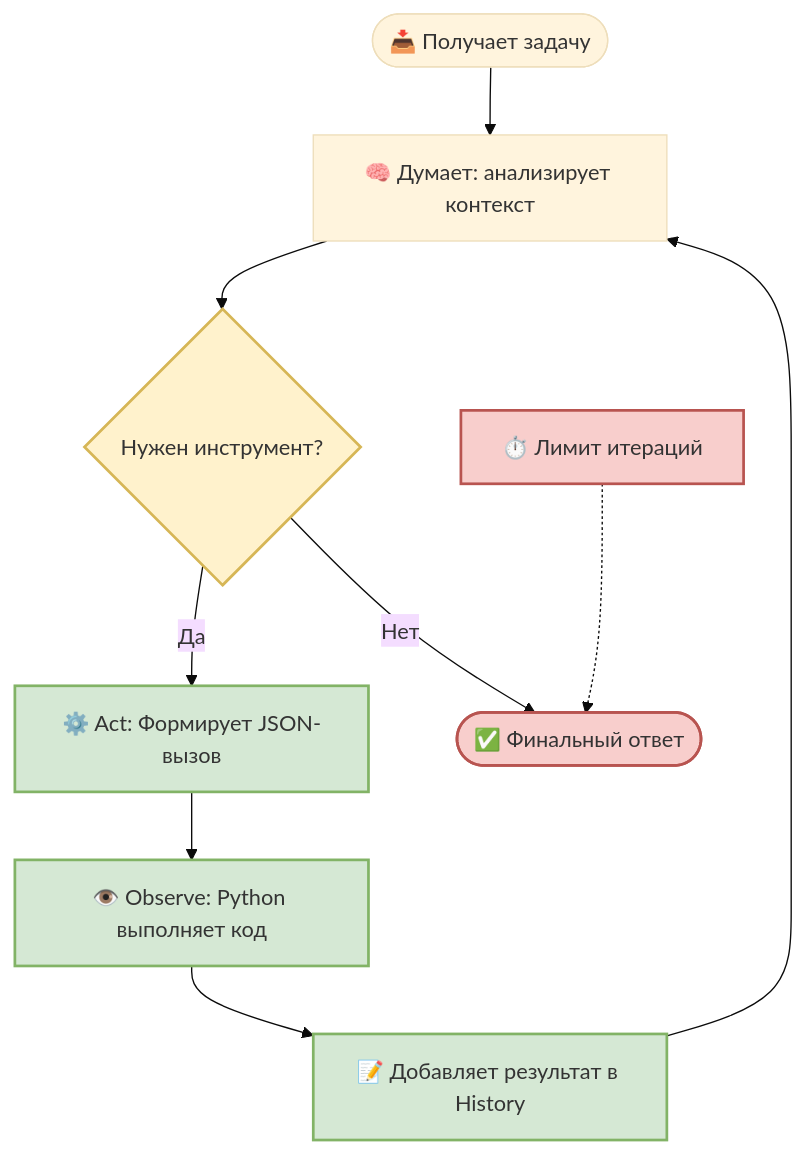
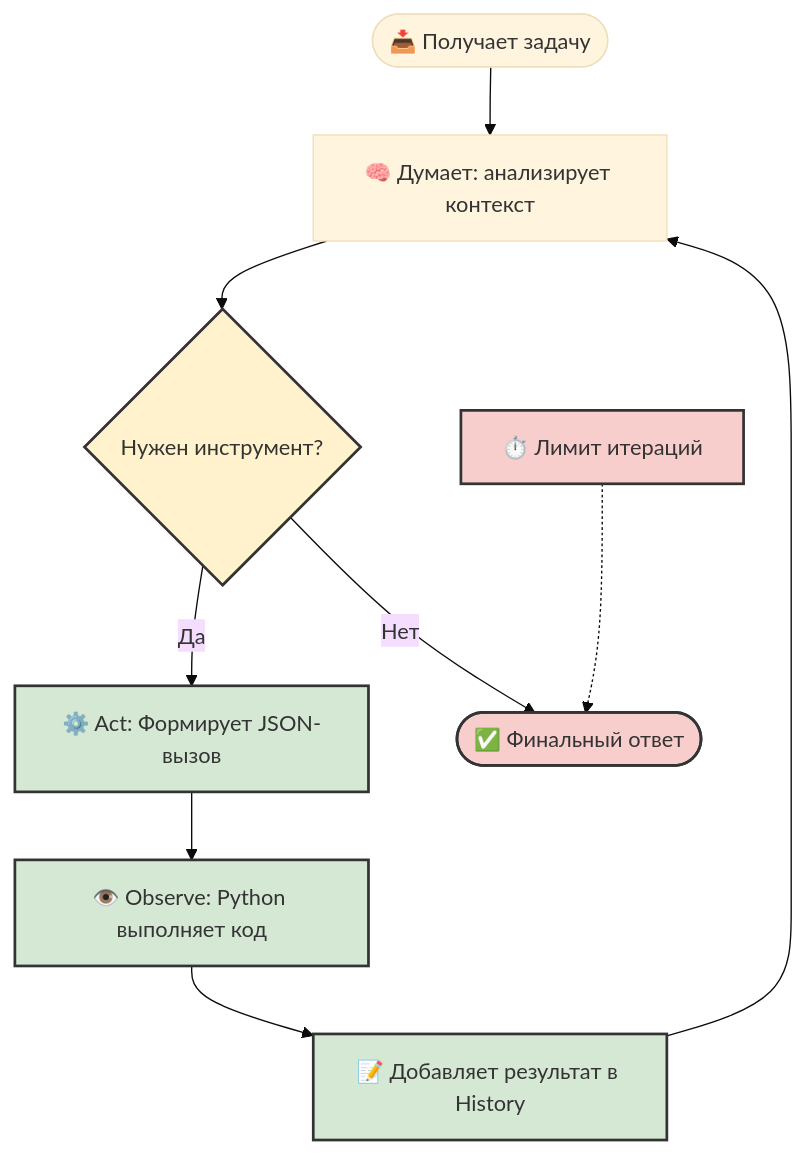
The ninth of 9 diagrams in README.md (io982/firstAgent), drawn with Mermaid (base theme) before and after one commit.

````diff
--- a/README.md
+++ b/README.md
@@ -1132,22 +1132,22 @@
 ```mermaid
 graph TD
     Start([📥 Получает задачу]) --> Reason[🧠 Думает: анализирует контекст]
     Reason --> Decision{Нужен инструмент?}
     
     Decision -- Да --> Act[⚙️ Act: Формирует JSON-вызов]
     Act --> Observe[👁️ Observe: Python выполняет код]
     Observe --> History[📝 Добавляет результат в History]
     History --> Reason
     
     Decision -- Нет --> FinalAnswer([✅ Финальный ответ])
     MaxIter[⏱️ Лимит итераций] -.-> FinalAnswer
     
     classDef defaultStyle fill:#f9f9f9,stroke:#333,stroke-width:1px;
-    classDef decisionStyle fill:#fff2cc,stroke:#d6b656,stroke-width:2px;
-    classDef actionStyle fill:#d5e8d4,stroke:#82b366,stroke-width:2px;
-    classDef finishStyle fill:#f8cecc,stroke:#b85450,stroke-width:2px;
+    classDef decisionStyle fill:#fff2cc,stroke:#333,stroke-width:2px;
+    classDef actionStyle fill:#d5e8d4,stroke:#333,stroke-width:2px;
+    classDef finishStyle fill:#f8cecc,stroke:#333,stroke-width:2px;
     
     class Decision decisionStyle;
     class Act,Observe,History actionStyle;
     class FinalAnswer,MaxIter finishStyle;
 ```
````
